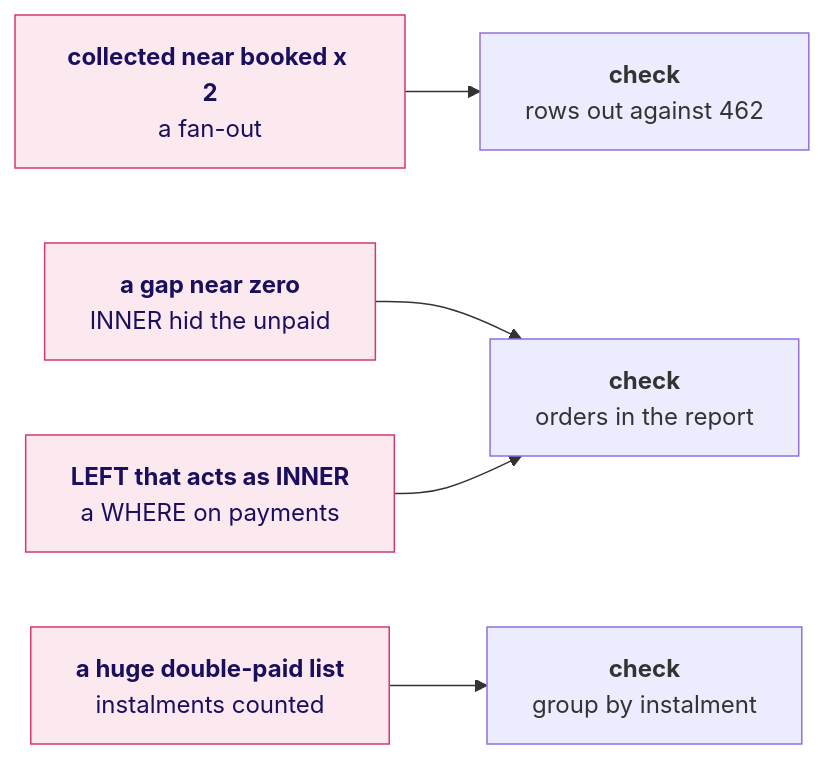
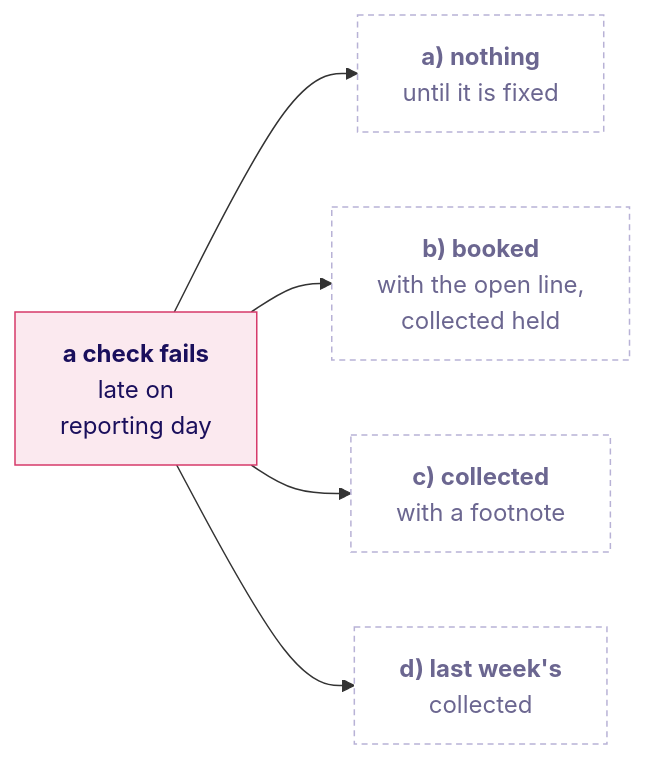
The fifth of 8 diagrams in content/W02/D2/slides/C2_W02_D02_half2_STUDENT.md (fde-academy-lab/c2-content-factory), drawn with Mermaid before and after one commit. The commit also changed other lines of this file and 11 other files, not shown here.

````diff
--- a/content/W02/D2/slides/C2_W02_D02_half2_STUDENT.md
+++ b/content/W02/D2/slides/C2_W02_D02_half2_STUDENT.md
@@ -115,9 +345,11 @@
 ```mermaid
 flowchart LR
-    F["<b>collected near booked x 2</b><br/>a fan-out"] --> C1["<b>check</b><br/>rows out against 462"]
-    I["<b>a gap near zero</b><br/>INNER hid the unpaid"] --> C2["<b>check</b><br/>orders in the report"]
-    W["<b>LEFT that acts as INNER</b><br/>a WHERE on payments"] --> C2
-    H["<b>a huge double-paid list</b><br/>instalments counted"] --> C3["<b>check</b><br/>group by instalment"]
+    F["<b>a check fails</b><br/>late on<br/>reporting day"] --> A["<b>a) nothing</b><br/>until it is fixed"]
+    F --> B["<b>b) booked</b><br/>with the open line,<br/>collected held"]
+    F --> C["<b>c) collected</b><br/>with a footnote"]
+    F --> D["<b>d) last week's</b><br/>collected"]
     classDef bad fill:#FBE9EF,stroke:#D63A6A,color:#1A0F5C
-    class F,I,W,H bad
+    classDef unknown fill:#FFFFFF,stroke:#B8B2D6,color:#6B6690,stroke-dasharray:4 3
+    class F bad
+    class A,B,C,D unknown
 ```
````
